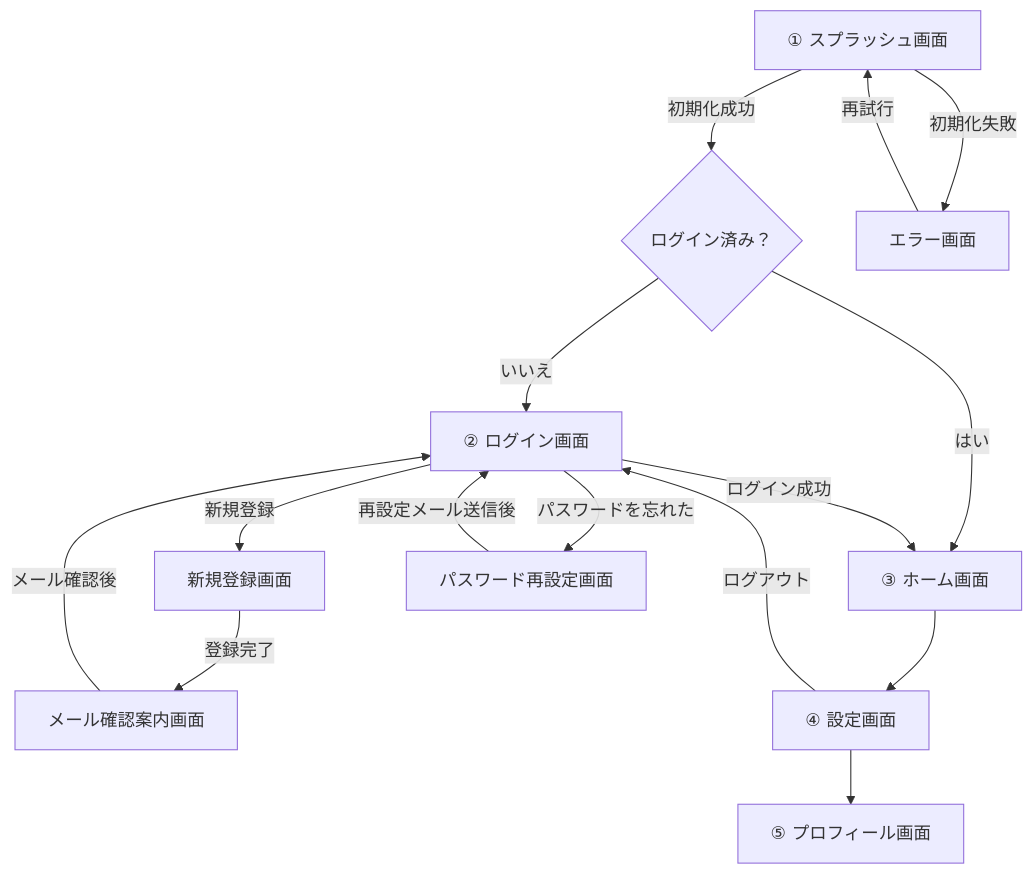
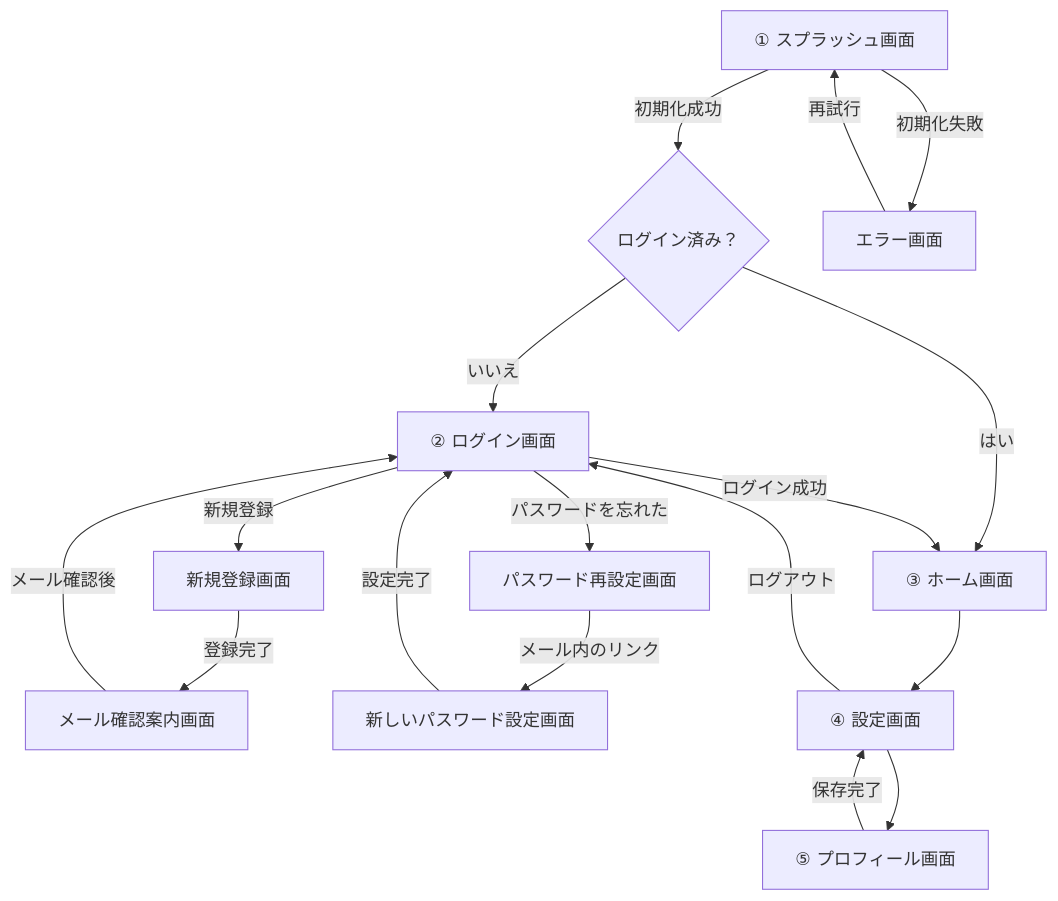
One commit to TKWebSE/expo-app-starter changed the first of 2 diagrams in docs/02-external-design/README.md. Above: the diagram before and after it, drawn with Mermaid. The commit also changed other lines of this file, not shown here.

````diff
--- a/docs/02-external-design/README.md
+++ b/docs/02-external-design/README.md
@@ -29,25 +28,20 @@
 ```mermaid
 flowchart TD
     Splash["① スプラッシュ画面"]
-
     Splash -->|初期化成功| AuthCheck{"ログイン済み？"}
     Splash -->|初期化失敗| Error["エラー画面"]
-
     AuthCheck -->|いいえ| Login["② ログイン画面"]
     AuthCheck -->|はい| Home["③ ホーム画面"]
-
     Login -->|新規登録| Signup["新規登録画面"]
     Signup -->|登録完了| Verify["メール確認案内画面"]
     Verify -->|メール確認後| Login
-
     Login -->|パスワードを忘れた| Reset["パスワード再設定画面"]
-    Reset -->|再設定メール送信後| Login
-
+    Reset -->|メール内のリンク| NewPassword["新しいパスワード設定画面"]
+    NewPassword -->|設定完了| Login
     Login -->|ログイン成功| Home
-
     Home --> Settings["④ 設定画面"]
     Settings --> Profile["⑤ プロフィール画面"]
+    Profile -->|保存完了| Settings
     Settings -->|ログアウト| Login
-
     Error -->|再試行| Splash
 ```
````
